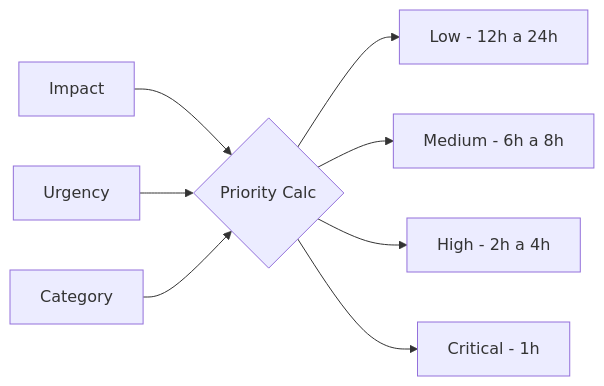
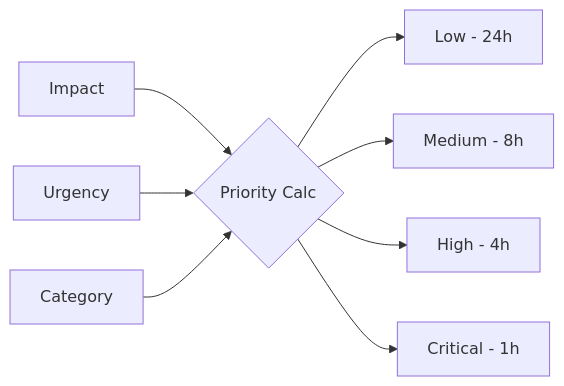
Before and after one commit to ivanlinscosta/tool-automation-fiap: the third of 3 diagrams in docs/ARCHITECTURE.md, drawn with Mermaid. The commit also changed other lines of this file and 92 other files, not shown here.

````diff
--- a/docs/ARCHITECTURE.md
+++ b/docs/ARCHITECTURE.md
@@ -29,10 +32,10 @@
 ```mermaid
 graph LR
     I[Impact] --> P{Priority Calc}
     U[Urgency] --> P
     C[Category] --> P
-    P --> Low[Low - 12h a 24h]
-    P --> Medium[Medium - 6h a 8h]
-    P --> High[High - 2h a 4h]
+    P --> Low[Low - 24h]
+    P --> Medium[Medium - 8h]
+    P --> High[High - 4h]
     P --> Critical[Critical - 1h]
 ```
````
